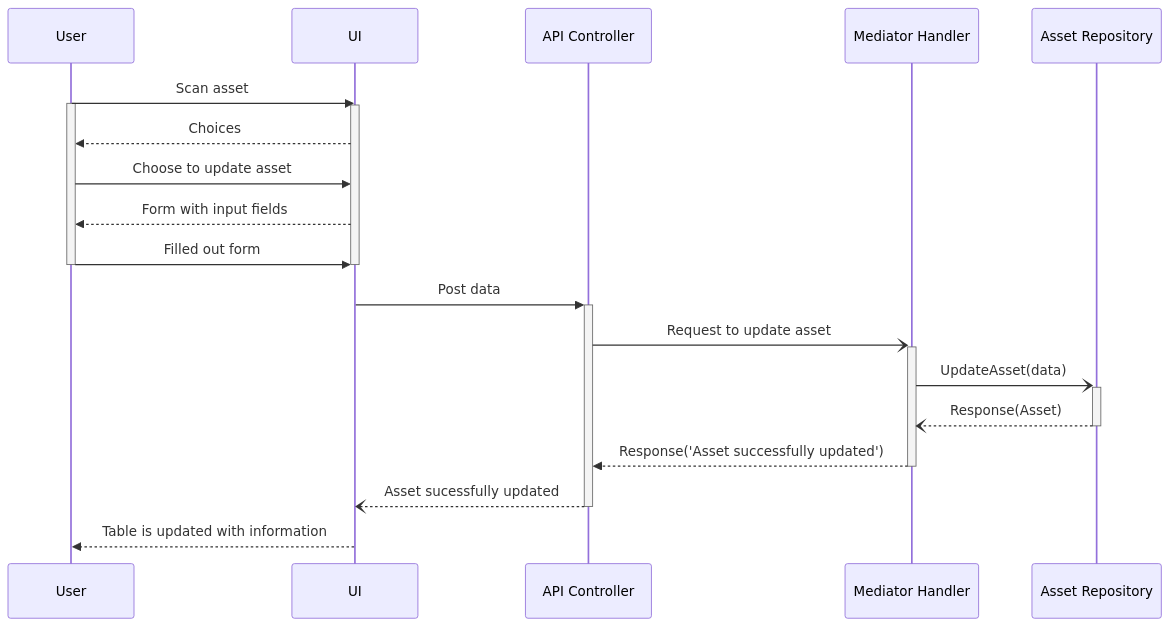
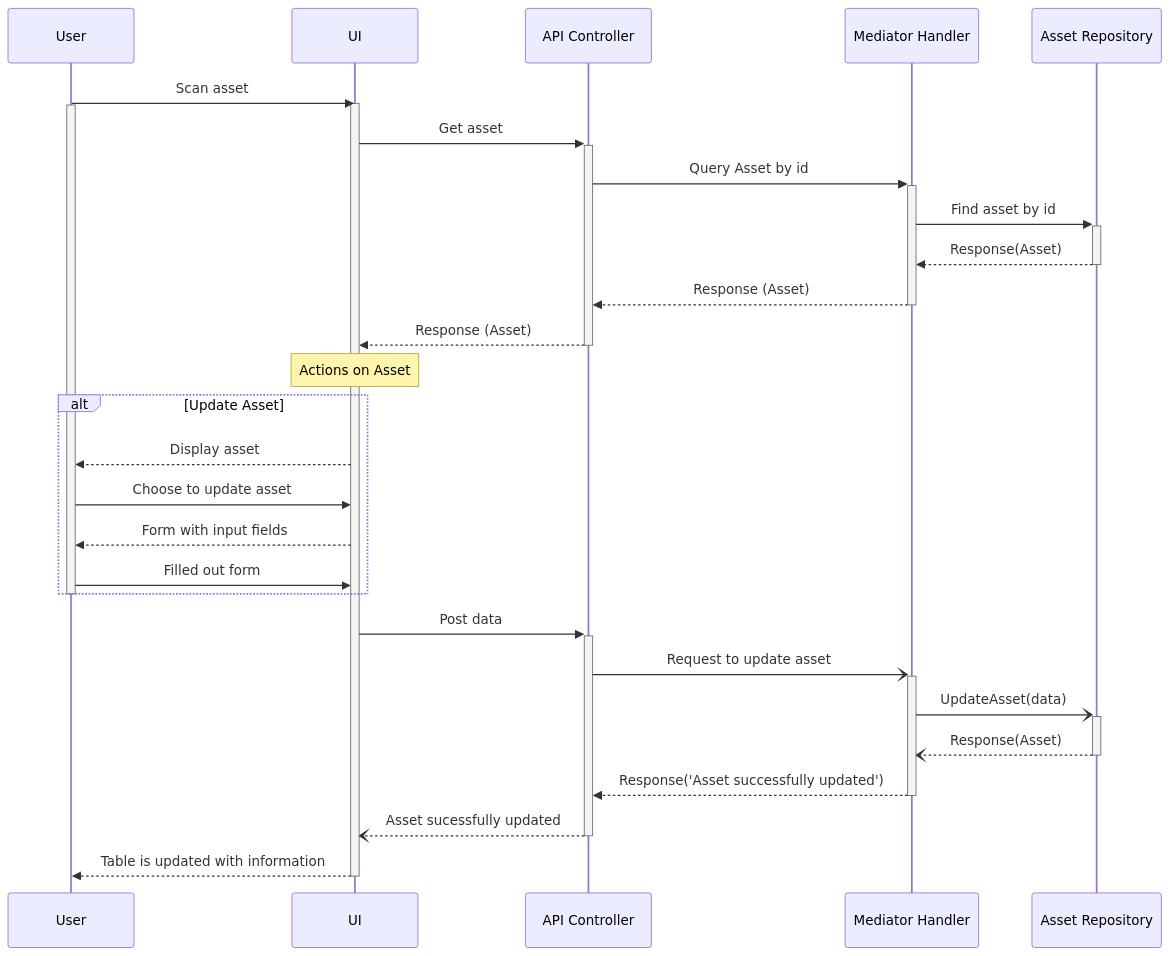
One commit to livun/bouvet-asset-hub changed the third of 3 diagrams in docs/sequence-diagrams/update-asset.md. Above: the diagram before and after it, drawn with Mermaid. The commit also changed 1 other file, not shown here.

Commit message:
loan sequence diagram

````diff
--- a/docs/sequence-diagrams/update-asset.md
+++ b/docs/sequence-diagrams/update-asset.md
@@ -60,29 +60,41 @@
 ```mermaid
 sequenceDiagram
     User ->> UI : Scan asset
+    Activate UI
     Activate User
 
-        Activate UI
-            UI -->> User : Choices
+        UI ->>+ API Controller: Get asset
+        API Controller ->>+ Mediator Handler : Query Asset by id
+        Mediator Handler ->>+ Asset Repository : Find asset by id
+        Asset Repository -->>- Mediator Handler : Response(Asset)
+        Mediator Handler -->>- API Controller : Response (Asset)
+        API Controller -->>- UI : Response (Asset)
+
+        Note over UI: Actions on Asset
+        Alt Update Asset
+            UI -->> User : Display asset
             User ->> UI : Choose to update asset 
             UI -->> User : Form with input fields
-            User ->> UI : Filled out form
-        Deactivate UI
-        
+            User ->> UI : Filled out form 
+
+        End
     Deactivate User
+       
     
     UI ->>+ API Controller: Post data
     
     API Controller -)+ Mediator Handler : Request to update asset
         
     Mediator Handler -)+ Asset Repository : UpdateAsset(data)
             
     Asset Repository  --)- Mediator Handler : Response(Asset)
                     
     Mediator Handler -->>- API Controller : Response('Asset successfully updated')
     
     API Controller --)- UI  : Asset sucessfully updated
     
     UI -->> User : Table is updated with information
+    Deactivate UI
+
      
 ```
````
